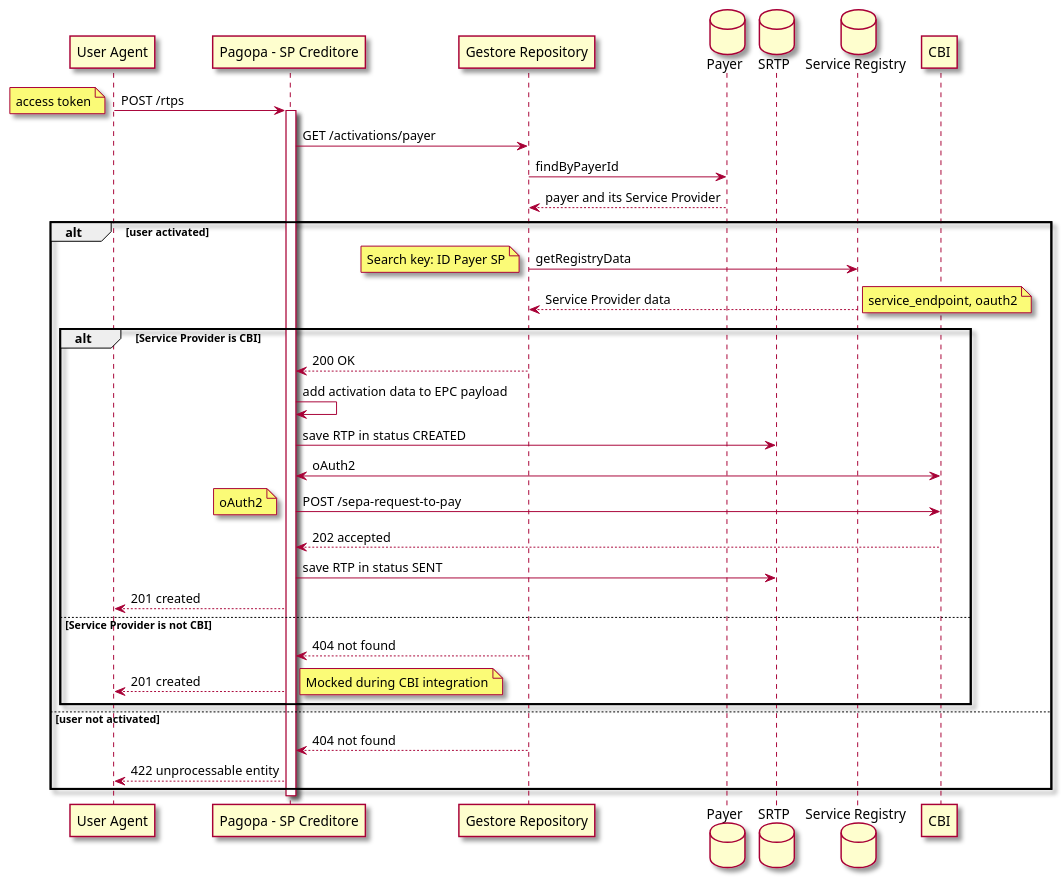
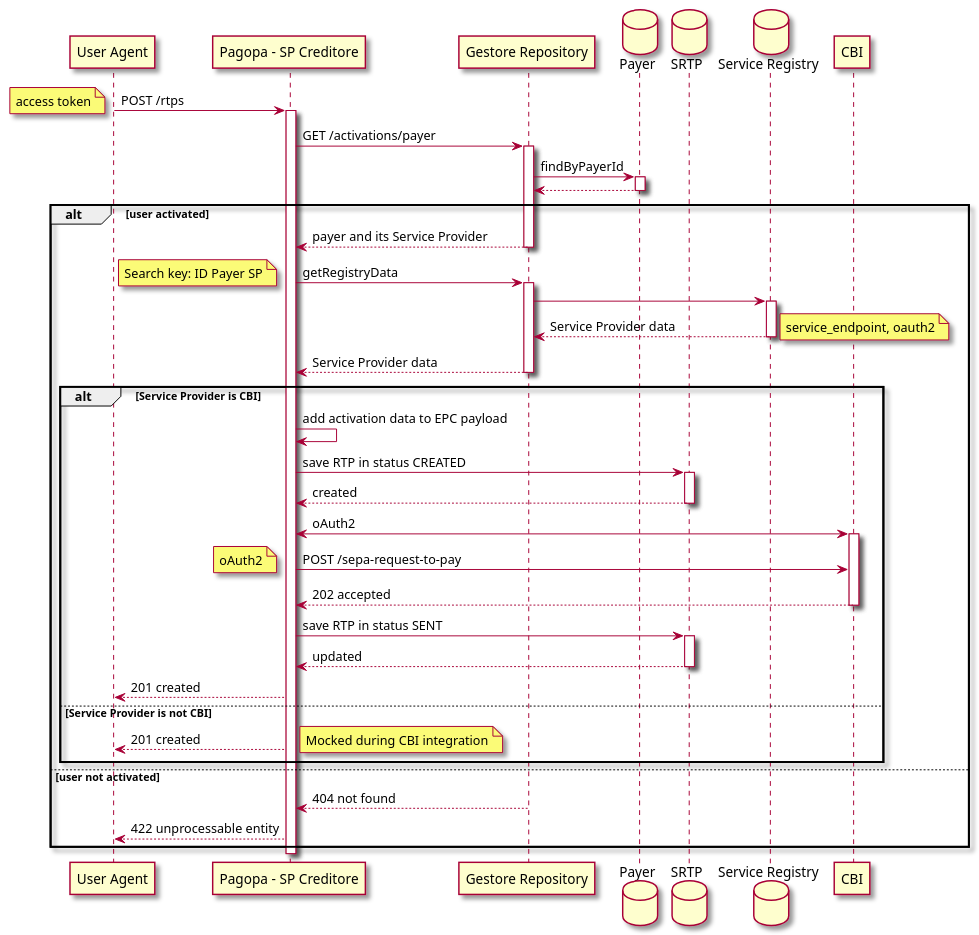
One commit to pagopa/rtp-docs changed the diagram in diagrams/send.puml. Above: the diagram before and after it, drawn with PlantUML.

Commit message:
[SRTP-301] add activations in diagram

```diff
--- a/diagrams/send.puml
+++ b/diagrams/send.puml
@@ -1,59 +1,80 @@
 @startuml
 
 skin rose
 participant "User Agent" as UA
 participant "Pagopa - SP Creditore" as SPC
 participant "Gestore Repository" as GR
 database "Payer" as Payer
 database "SRTP" as SRTP
 database "Service Registry" as SR
 participant "CBI" as SPD
 
 UA -> SPC: POST /rtps
 note left: access token
 activate SPC
 
+SPC -> GR: GET /activations/payer
+activate GR
+GR -> Payer: findByPayerId
+activate Payer
+Payer --> GR
+deactivate Payer
+alt user activated
+GR --> SPC: payer and its Service Provider
+deactivate GR
 
-SPC -> GR: GET /activations/payer
-GR -> Payer: findByPayerId
-Payer --> GR: payer and its Service Provider
-
-alt user activated
-GR -> SR: getRegistryData
+SPC -> GR: getRegistryData
 note left: Search key: ID Payer SP
-
+activate GR
+GR -> SR
+activate SR
 SR --> GR: Service Provider data
 note right: service_endpoint, oauth2
+deactivate SR
+GR --> SPC: Service Provider data
+deactivate GR
+
 
 alt Service Provider is CBI
-GR --> SPC: 200 OK
 
 SPC -> SPC: add activation data to EPC payload
 
 SPC -> SRTP: save RTP in status CREATED
+activate SRTP
+SRTP --> SPC: created
+deactivate SRTP
 
 SPC <-> SPD: oAuth2
+activate SPD
 
 SPC -> SPD: POST /sepa-request-to-pay
 note left: oAuth2
+SPD --> SPC: 202 accepted
+deactivate SPD
 
-SPD --> SPC: 202 accepted
 SPC -> SRTP: save RTP in status SENT
+activate SRTP
+SRTP --> SPC: updated
+deactivate SRTP
+
 SPC --> UA: 201 created
 
 else Service Provider is not CBI
-GR --> SPC: 404 not found
 
 SPC --> UA: 201 created
 note right: Mocked during CBI integration
 
 end
 
 else user not activated
+
+activate GR
 GR --> SPC: 404 not found
+deactivate GR
 SPC --> UA: 422 unprocessable entity
+
 end
 
 deactivate SPC
 
 @enduml
```
